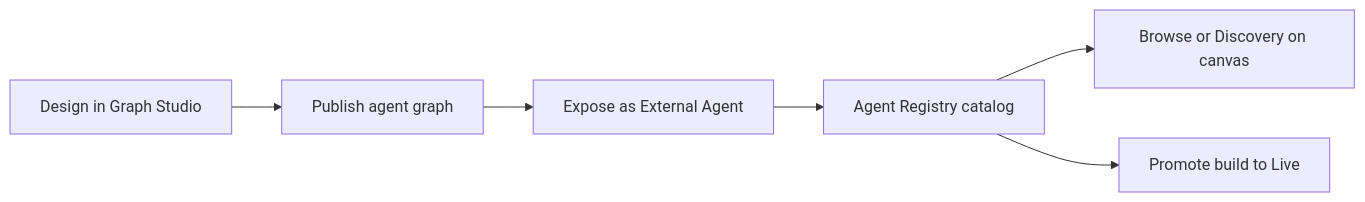
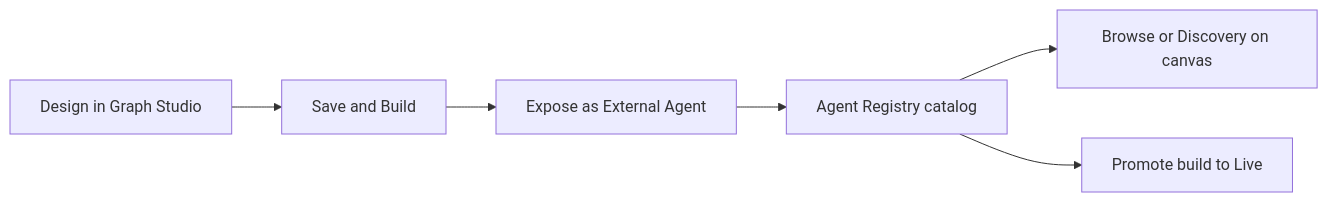
The diagram in agent-registry/overview.md (ashdeekonda/phinite-docs-c1), drawn with Mermaid before and after one commit. The commit also changed other lines of this file and 219 other files, not shown here.

````diff
--- a/agent-registry/overview.md
+++ b/agent-registry/overview.md
@@ -38,13 +48,13 @@
 ```mermaid
 graph LR
   design[Design in Graph Studio]
-  publish[Publish agent graph]
+  publish[Save and Build]
   expose[Expose as External Agent]
   registry[Agent Registry catalog]
   consume[Browse or Discovery on canvas]
   live[Promote build to Live]
 
   design --> publish --> expose --> registry
   registry --> consume
   registry --> live
 ```
````
